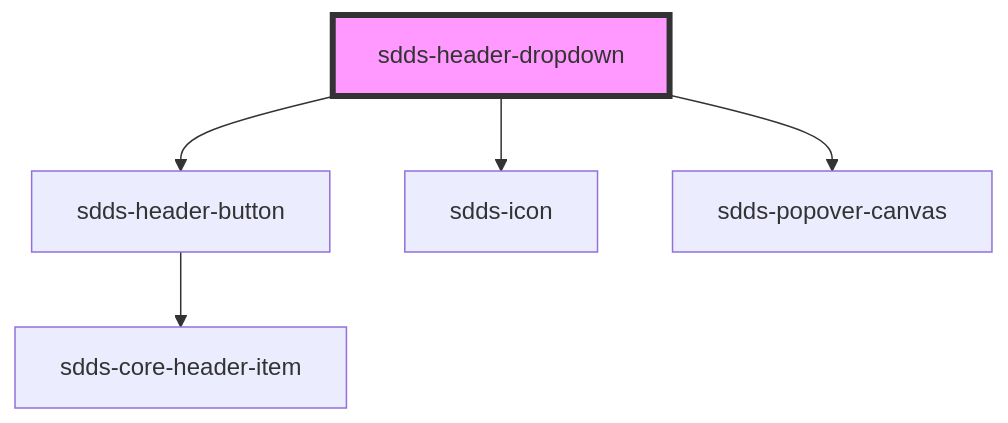
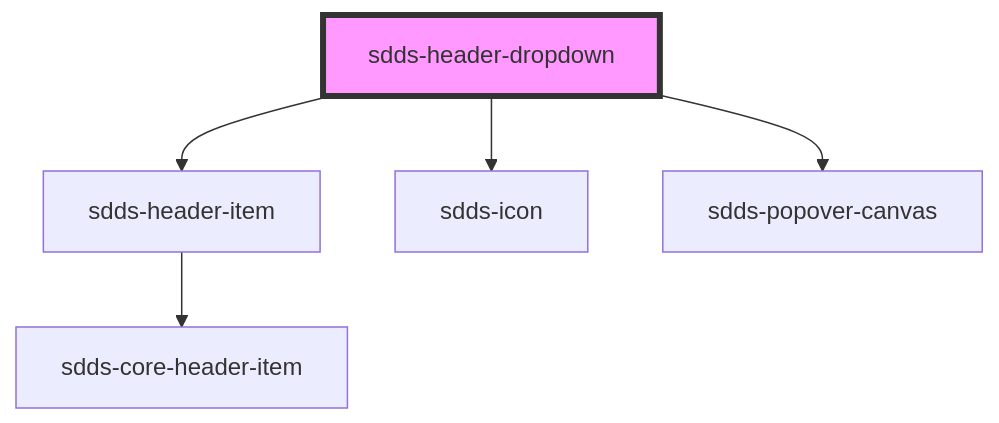
Before and after one commit to scania-digital-design-system/sdds: the diagram in tegel/src/components/header/webcomponent/header-dropdown/readme.md, drawn with Mermaid. The commit also changed other lines of this file and 44 other files, not shown here.

Commit message:
feat(sidemenu,header): remove -button and -link components and replace with -item

````diff
--- a/tegel/src/components/header/webcomponent/header-dropdown/readme.md
+++ b/tegel/src/components/header/webcomponent/header-dropdown/readme.md
@@ -39,8 +47,8 @@
 ```mermaid
 graph TD;
-  sdds-header-dropdown --> sdds-header-button
+  sdds-header-dropdown --> sdds-header-item
   sdds-header-dropdown --> sdds-icon
   sdds-header-dropdown --> sdds-popover-canvas
-  sdds-header-button --> sdds-core-header-item
+  sdds-header-item --> sdds-core-header-item
   style sdds-header-dropdown fill:#f9f,stroke:#333,stroke-width:4px
 ```
````
